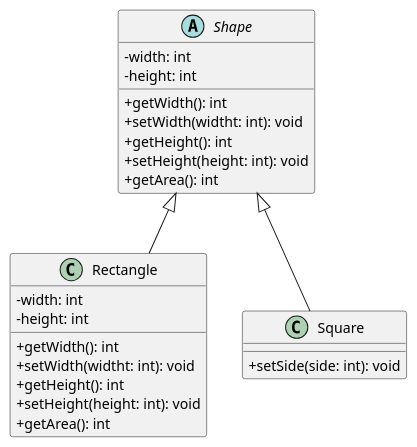
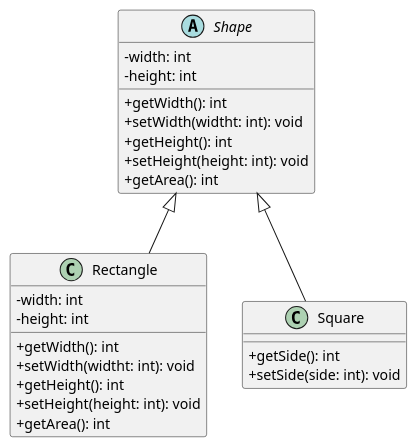
The diagram in com/solid/lsp/UML.plantuml (songvut365/software-architecture-and-design-labs), drawn with PlantUML before and after one commit.

Commit message:
Update UML

```diff
--- a/com/solid/lsp/UML.plantuml
+++ b/com/solid/lsp/UML.plantuml
@@ -1,33 +1,34 @@
 @startuml LSP
 skinparam ClassAttributeIconSize 0
 
 abstract class Shape {
   -width: int
   -height: int
 
   +getWidth(): int
   +setWidth(widtht: int): void
   +getHeight(): int
   +setHeight(height: int): void
   +getArea(): int
 }
 
 class Rectangle {
   -width: int
   -height: int
 
   +getWidth(): int
   +setWidth(widtht: int): void
   +getHeight(): int
   +setHeight(height: int): void
   +getArea(): int
 }
 
 class Square {
+  +getSide(): int
   +setSide(side: int): void
 }
 
 Shape <|-- Rectangle
 Shape <|-- Square
 
 @enduml
```
